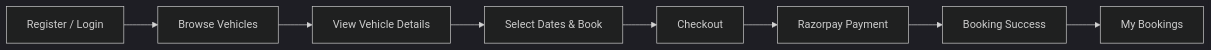
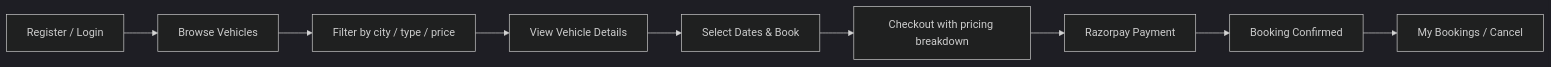
The first of 3 diagrams in README.md (Om-Beast/RentX), drawn with Mermaid (dark theme) before and after one commit. The commit also changed other lines of this file and 9 other files, not shown here.

````diff
--- a/README.md
+++ b/README.md
@@ -93,10 +88,11 @@
 ```mermaid
 flowchart LR
     A[Register / Login] --> B[Browse Vehicles]
-    B --> C[View Vehicle Details]
-    C --> D[Select Dates & Book]
-    D --> E[Checkout]
-    E --> F[Razorpay Payment]
-    F --> G[Booking Success]
-    G --> H[My Bookings]
+    B --> C[Filter by city / type / price]
+    C --> D[View Vehicle Details]
+    D --> E[Select Dates & Book]
+    E --> F[Checkout with pricing breakdown]
+    F --> G[Razorpay Payment]
+    G --> H[Booking Confirmed]
+    H --> I[My Bookings / Cancel]
 ```
````
